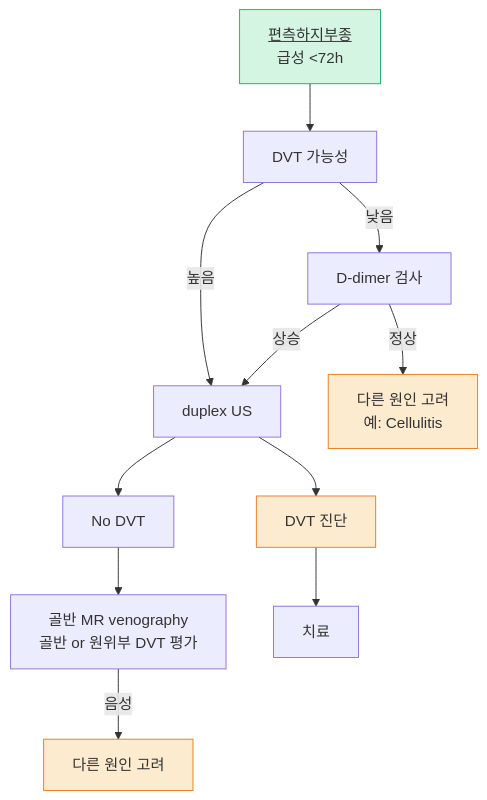
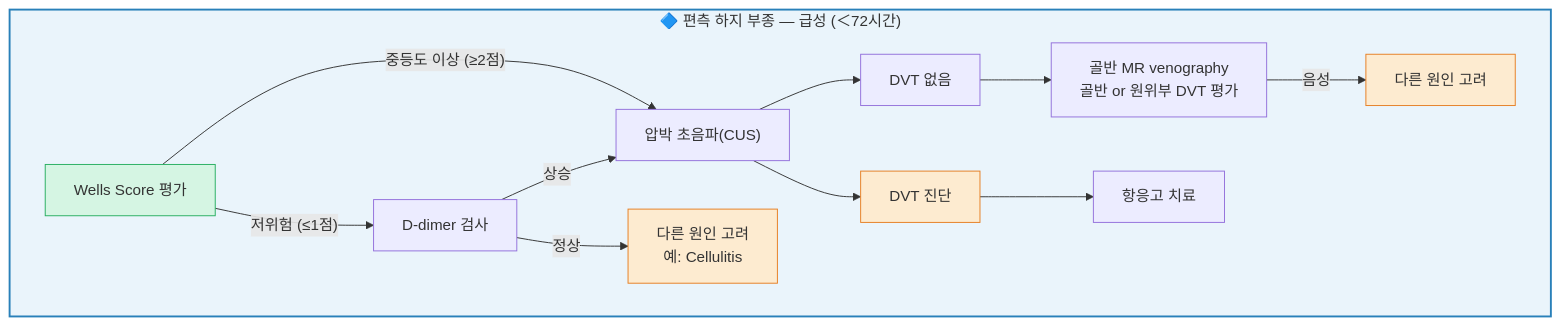
Before and after one commit to familyoh77/familyoh77: the first of 4 diagrams in 220_/012_-edema.md, drawn with Mermaid. The commit also changed other lines of this file, not shown here.

````diff
--- a/220_/012_-edema.md
+++ b/220_/012_-edema.md
@@ -157,18 +176,23 @@
 ```mermaid
 graph TD
-    A[<u>편측하지부종</u><br/>급성 <72h] --> B[DVT 가능성]
-    B -- 낮음 --> C[D-dimer 검사]
-    B -- 높음 --> D[duplex US]
-    C -- 정상 --> E[다른 원인 고려<br>예: Cellulitis]
-    C -- 상승 --> D
-    D --> F[No DVT]
-    D --> G[DVT 진단]
-    F --> H[골반 MR venography<br>골반 or 원위부 DVT 평가]
-    G --> I[치료]
-    H -- 음성 --> J[다른 원인 고려]
-    
-    style A fill:#d5f5e3,stroke:#27ae60
+    subgraph SG1["🔷 편측 하지 부종 — 급성 (＜72시간)"]
+        B["Wells Score 평가"]
+        B -- "저위험 (≤1점)" --> C["D-dimer 검사"]
+        B -- "중등도 이상 (≥2점)" --> D["압박 초음파(CUS)"]
+        C -- "정상" --> E["다른 원인 고려
+예: Cellulitis"]
+        C -- "상승" --> D
+        D --> F["DVT 없음"]
+        D --> G["DVT 진단"]
+        F --> H["골반 MR venography
+골반 or 원위부 DVT 평가"]
+        G --> I["항응고 치료"]
+        H -- "음성" --> J["다른 원인 고려"]
+    end
+
+    style SG1 fill:#eaf4fb,stroke:#2980b9,stroke-width:2px
+    style B fill:#d5f5e3,stroke:#27ae60
     style E fill:#fdebd0,stroke:#e67e22
     style G fill:#fdebd0,stroke:#e67e22
     style J fill:#fdebd0,stroke:#e67e22
 ```
````
